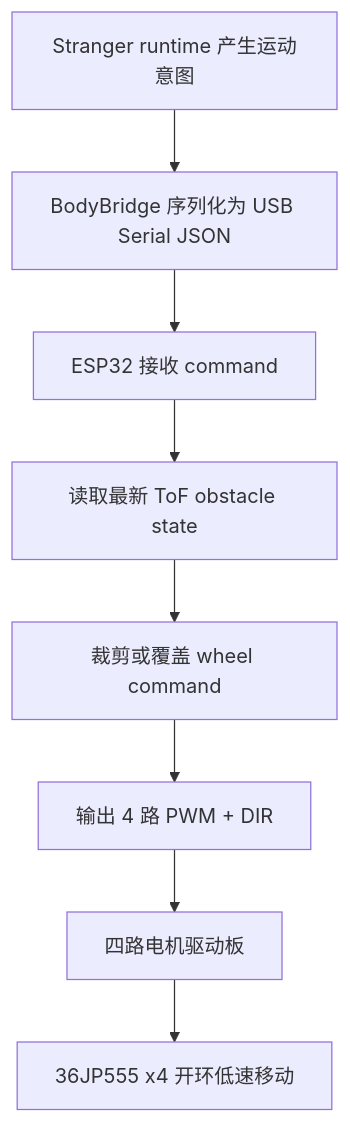
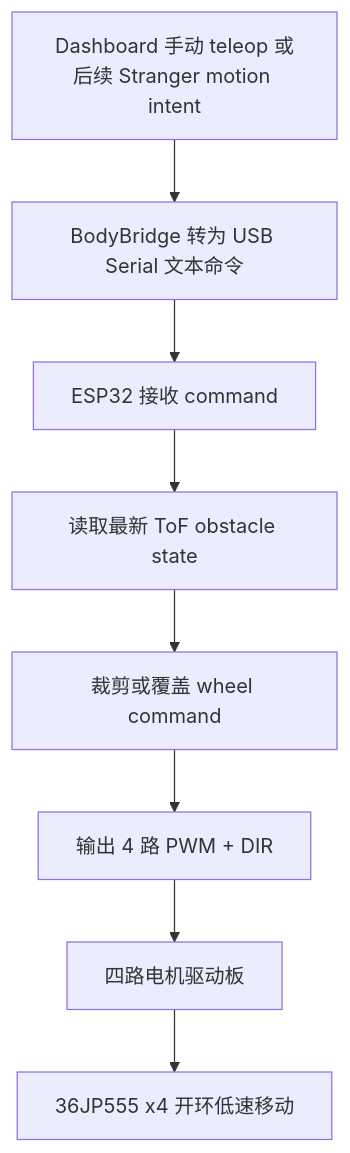
The fourth of 7 diagrams in docs/references/system_logic.md (Redmad-jack/Unnamed_system), drawn with Mermaid before and after one commit. The commit also changed other lines of this file and 29 other files, not shown here.

````diff
--- a/docs/references/system_logic.md
+++ b/docs/references/system_logic.md
@@ -394,10 +431,10 @@
 ```mermaid
 flowchart TD
-    A["Stranger runtime 产生运动意图"] --> B["BodyBridge 序列化为 USB Serial JSON"]
+    A["Dashboard 手动 teleop 或后续 Stranger motion intent"] --> B["BodyBridge 转为 USB Serial 文本命令"]
     B --> C["ESP32 接收 command"]
     C --> D["读取最新 ToF obstacle state"]
     D --> E["裁剪或覆盖 wheel command"]
     E --> F["输出 4 路 PWM + DIR"]
     F --> G["四路电机驱动板"]
     G --> H["36JP555 x4 开环低速移动"]
 ```
````
